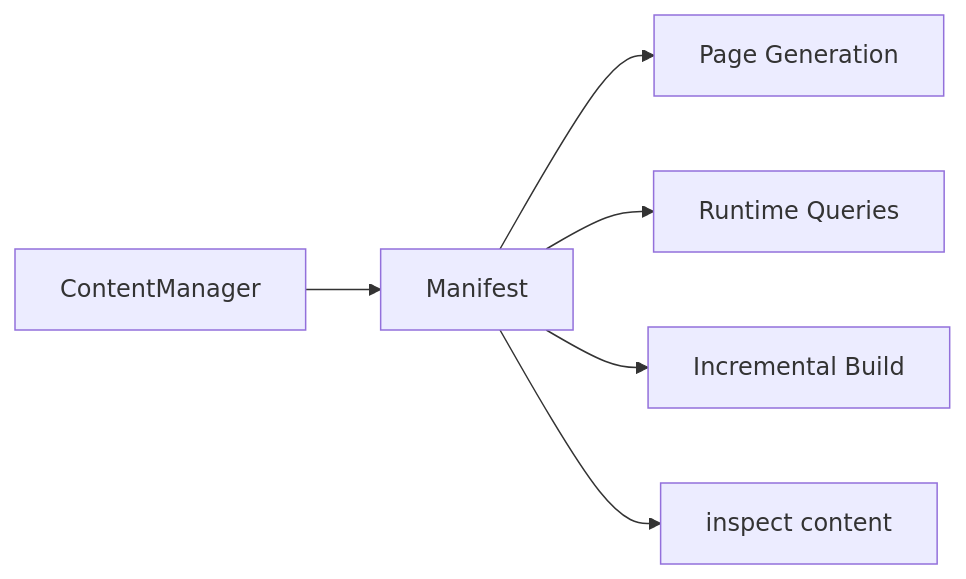
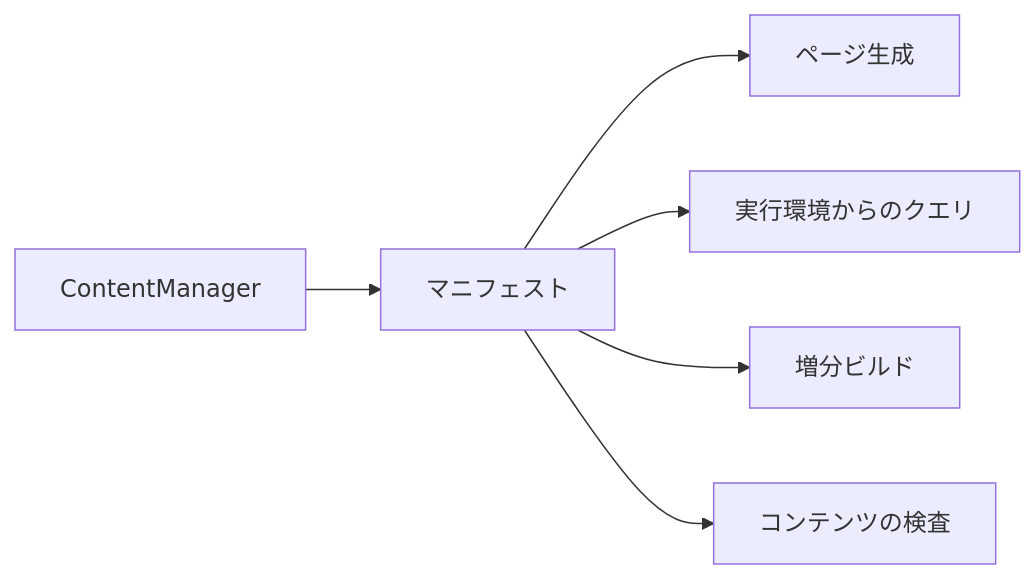
The sixth of 13 diagrams in docs/docs/framework/content-system.ja.md (Rerurate514/riebeckite), drawn with Mermaid before and after one commit. The commit also changed other lines of this file and 310 other files, not shown here.

````diff
--- a/docs/docs/framework/content-system.ja.md
+++ b/docs/docs/framework/content-system.ja.md
@@ -313,12 +281,12 @@
 ```mermaid id="s23io5"
 flowchart LR
     Manager["ContentManager"]
-    Manifest["Manifest"]
+    Manifest["マニフェスト"]
 
     Manager --> Manifest
 
-    Manifest --> Page["Page Generation"]
-    Manifest --> Runtime["Runtime Queries"]
-    Manifest --> Build["Incremental Build"]
-    Manifest --> Inspect["inspect content"]
+    Manifest --> Page["ページ生成"]
+    Manifest --> Runtime["実行環境からのクエリ"]
+    Manifest --> Build["増分ビルド"]
+    Manifest --> Inspect["コンテンツの検査"]
 ```
````
